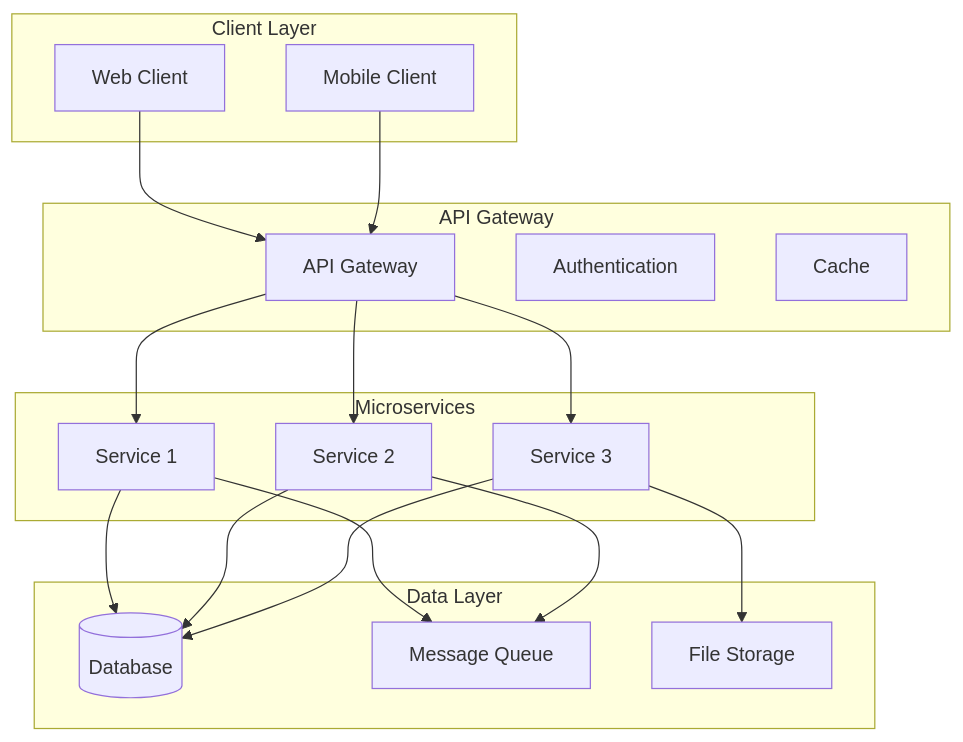
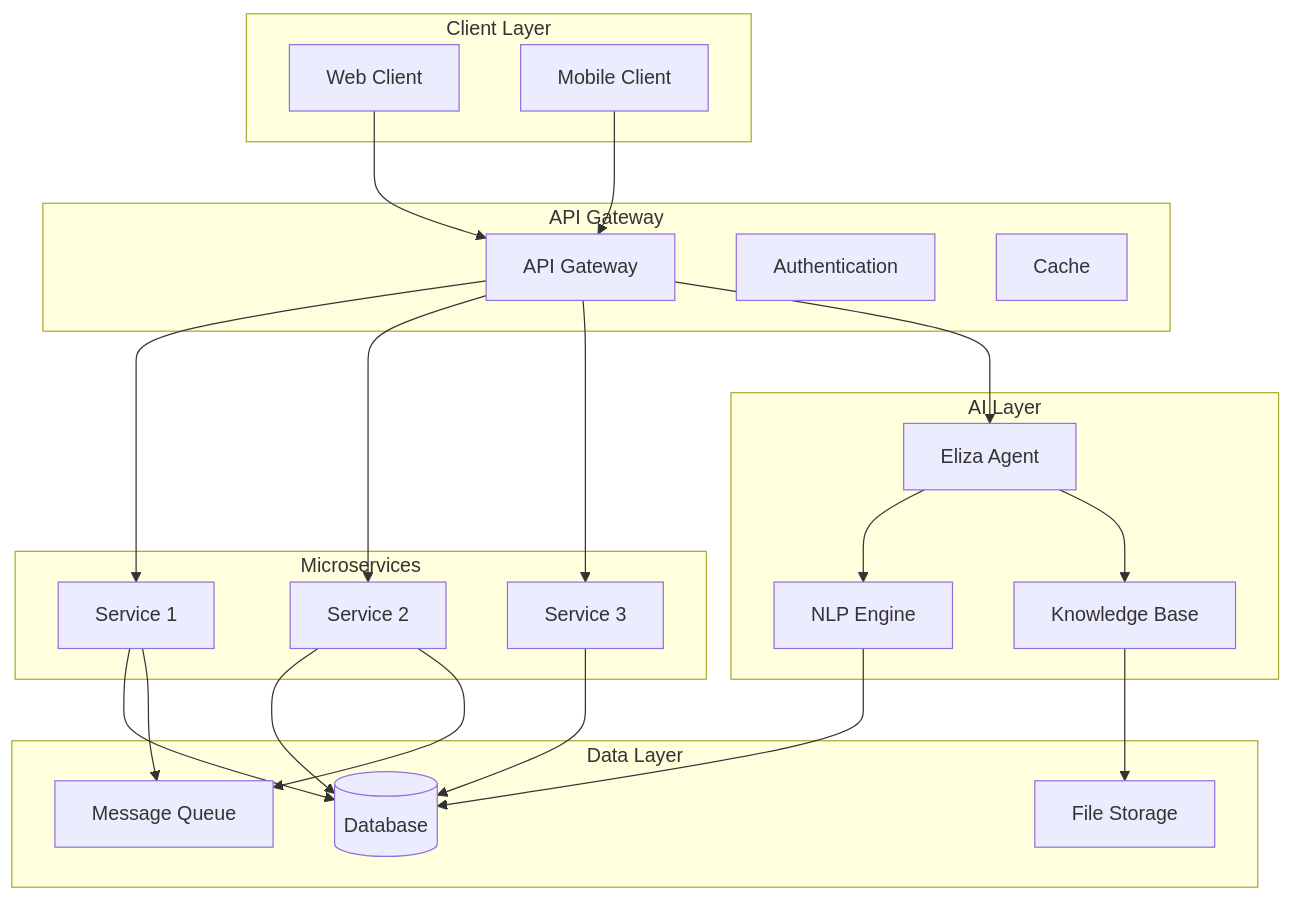
One commit to miquael/AAA-Library changed the first of 3 diagrams in DEVELOPMENT/Templates/_DOCS-TEMPLATES/PROJECT.md. Above: the diagram before and after it, drawn with Mermaid. The commit also changed other lines of this file and 3 other files, not shown here.

````diff
--- a/DEVELOPMENT/Templates/_DOCS-TEMPLATES/PROJECT.md
+++ b/DEVELOPMENT/Templates/_DOCS-TEMPLATES/PROJECT.md
@@ -17,37 +17,47 @@
 ```mermaid
 graph TD
     subgraph ClientLayer[Client Layer]
         Web[Web Client]
         Mobile[Mobile Client]
     end
 
     subgraph APIGateway[API Gateway]
         Gateway[API Gateway]
         Auth[Authentication]
         Cache[Cache]
     end
 
     subgraph Microservices
         Service1[Service 1]
         Service2[Service 2]
         Service3[Service 3]
     end
 
+    subgraph AILayer[AI Layer]
+        Agent[Eliza Agent]
+        NLP[NLP Engine]
+        KB[Knowledge Base]
+    end
+
     subgraph DataLayer[Data Layer]
         DB[(Database)]
         Queue[Message Queue]
         Storage[File Storage]
     end
 
     Web --> Gateway
     Mobile --> Gateway
     Gateway --> Service1
     Gateway --> Service2
     Gateway --> Service3
+    Gateway --> Agent
     Service1 --> DB
     Service2 --> DB
     Service3 --> DB
     Service1 --> Queue
     Service2 --> Queue
-    Service3 --> Storage
+    Agent --> NLP
+    Agent --> KB
+    NLP --> DB
+    KB --> Storage
 ```
````
